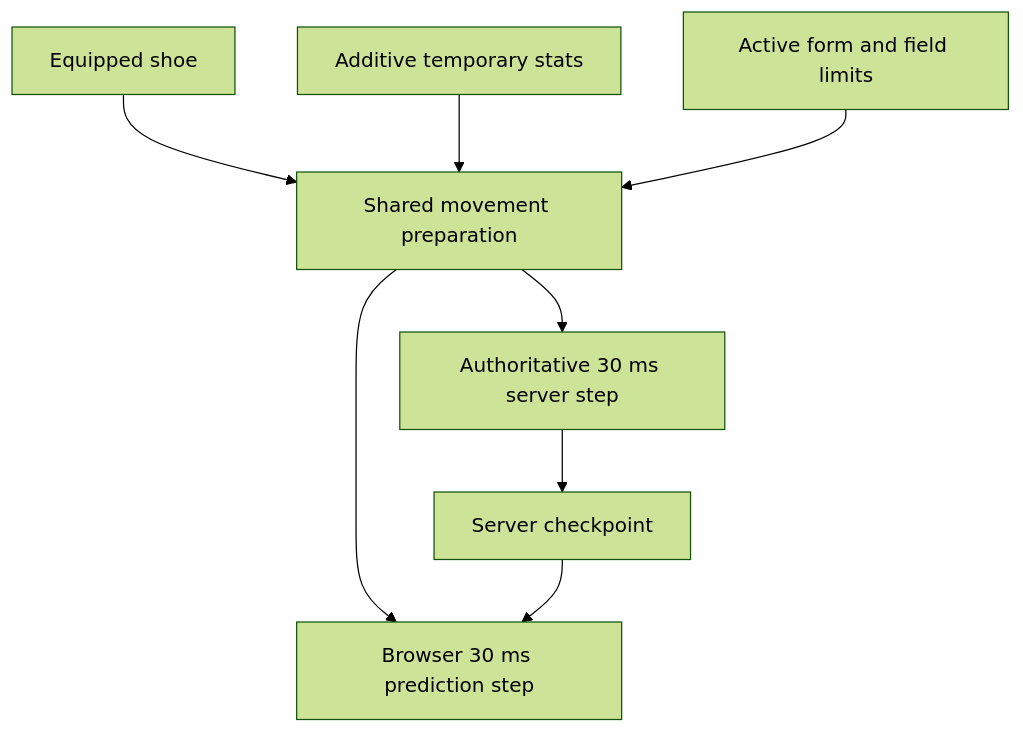
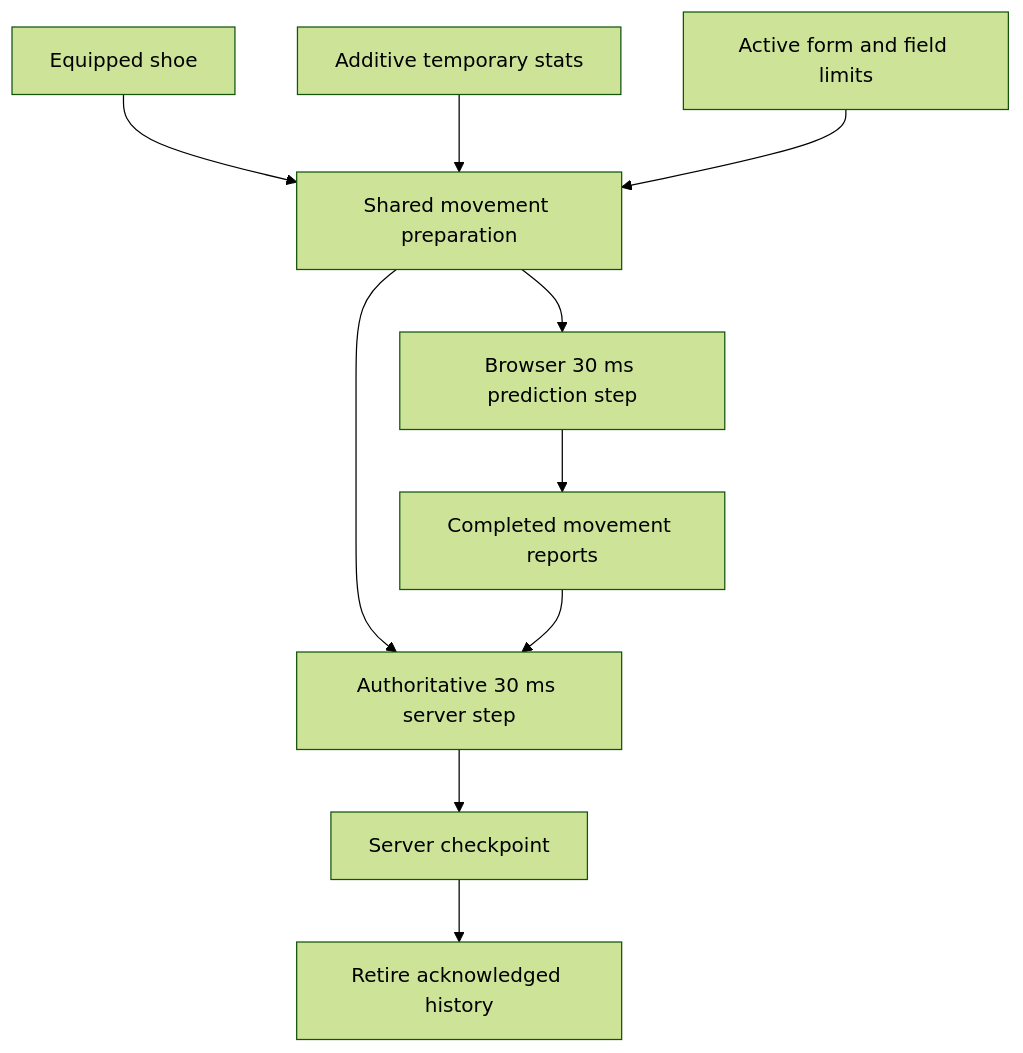
Before and after one commit to acenario/openms: the diagram in docs/movement-parity.md, drawn with Mermaid (forest theme). The commit also changed other lines of this file and 46 other files, not shown here.

````diff
--- a/docs/movement-parity.md
+++ b/docs/movement-parity.md
@@ -20,10 +20,12 @@
 ```mermaid
 flowchart TD
   Shoe[Equipped shoe] --> Prepare[Shared movement preparation]
   Buff[Additive temporary stats] --> Prepare
   Form[Active form and field limits] --> Prepare
   Prepare --> Server[Authoritative 30 ms server step]
   Prepare --> Predictor[Browser 30 ms prediction step]
   Server --> Checkpoint[Server checkpoint]
-  Checkpoint --> Predictor
+  Predictor --> Reports[Completed movement reports]
+  Reports --> Server
+  Checkpoint --> Retire[Retire acknowledged history]
 ```
````
